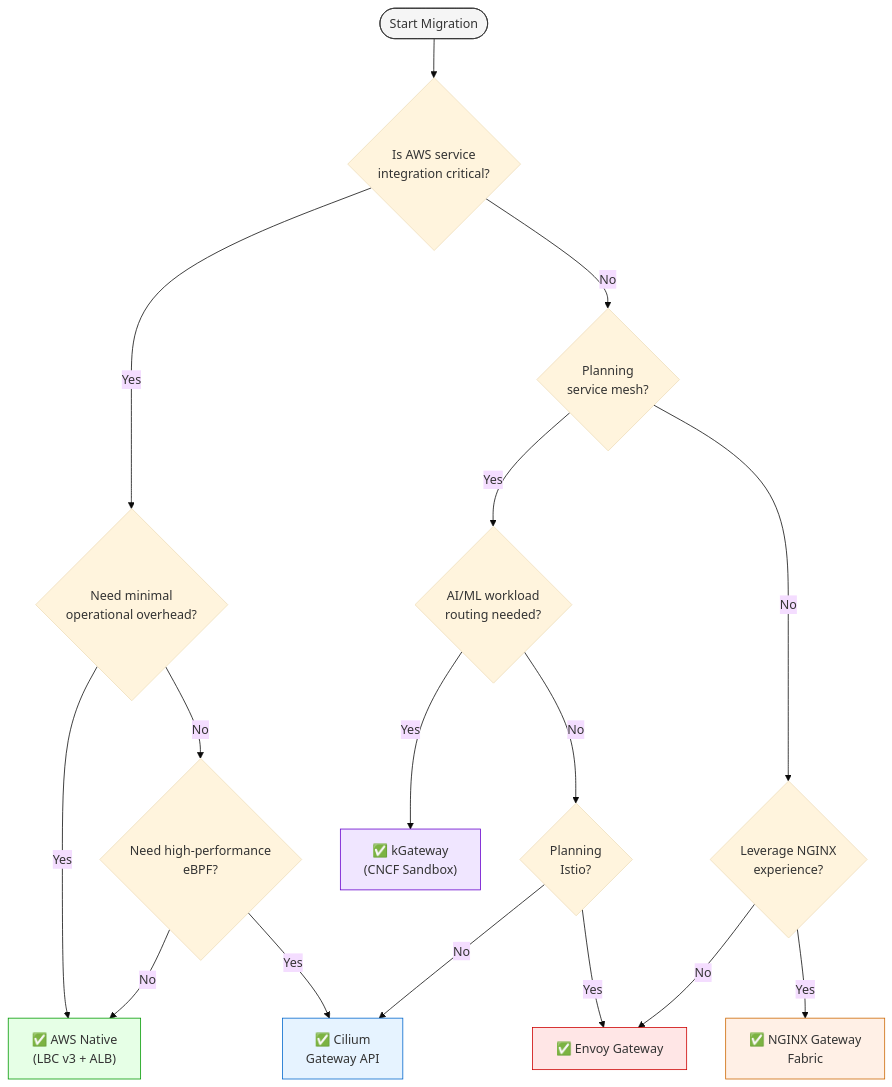
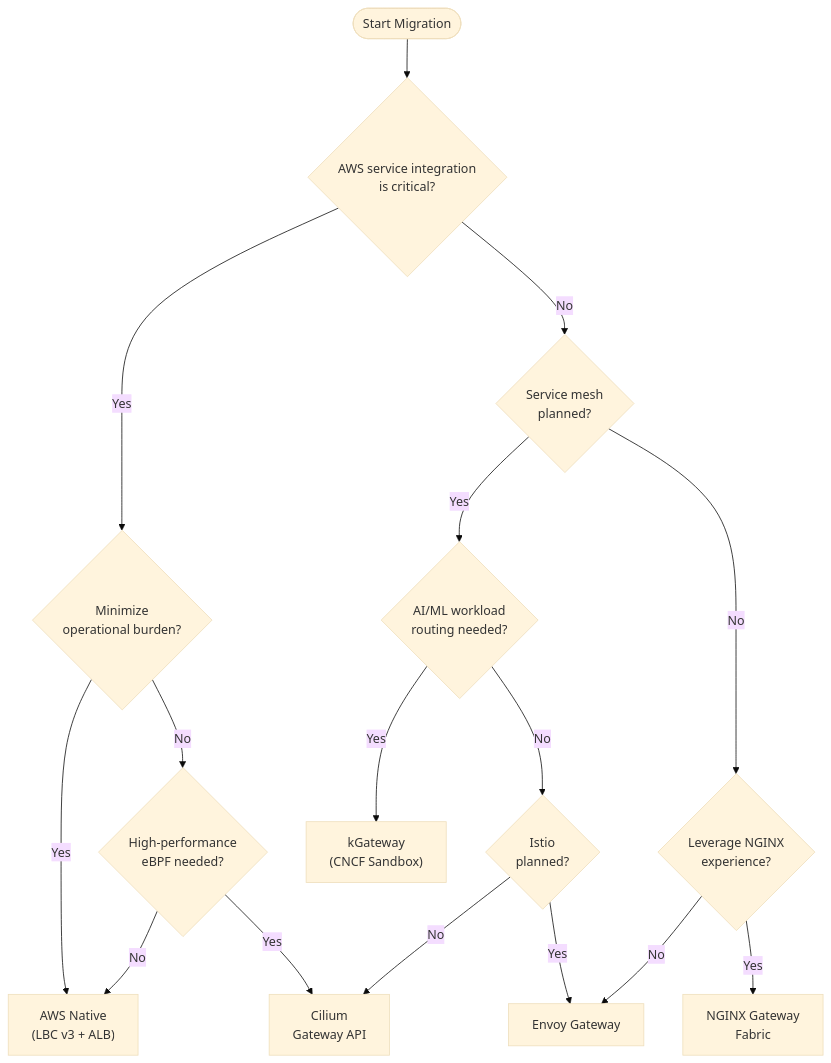
Before and after one commit to devfloor9/engineering-playbook: the diagram in i18n/en/docusaurus-plugin-content-docs/current/eks-best-practices/networking-performance/gateway-api-adoption-guide/index.md, drawn with Mermaid (base theme). The commit also changed other lines of this file and 95 other files, not shown here.

````diff
--- a/i18n/en/docusaurus-plugin-content-docs/current/eks-best-practices/networking-performance/gateway-api-adoption-guide/index.md
+++ b/i18n/en/docusaurus-plugin-content-docs/current/eks-best-practices/networking-performance/gateway-api-adoption-guide/index.md
@@ -1399,32 +135,18 @@
 ```mermaid
 flowchart TD
-    start([Start Migration]) --> q1{Is AWS service<br/>integration critical?}
-
-    q1 -->|Yes| q2{Need minimal<br/>operational overhead?}
-    q1 -->|No| q3{Planning<br/>service mesh?}
-
-    q2 -->|Yes| aws["✅ AWS Native<br/>(LBC v3 + ALB)"]
-    q2 -->|No| q4{Need high-performance<br/>eBPF?}
-
-    q4 -->|Yes| cilium["✅ Cilium<br/>Gateway API"]
+    start([Start Migration]) --> q1{AWS service integration<br/>is critical?}
+    q1 -->|Yes| q2{Minimize<br/>operational burden?}
+    q1 -->|No| q3{Service mesh<br/>planned?}
+    q2 -->|Yes| aws["AWS Native<br/>(LBC v3 + ALB)"]
+    q2 -->|No| q4{High-performance<br/>eBPF needed?}
+    q4 -->|Yes| cilium["Cilium<br/>Gateway API"]
     q4 -->|No| aws
-
     q3 -->|Yes| q5{AI/ML workload<br/>routing needed?}
     q3 -->|No| q6{Leverage NGINX<br/>experience?}
-
-    q5 -->|Yes| kgw["✅ kGateway<br/>(CNCF Sandbox)"]
-    q5 -->|No| q7{Planning<br/>Istio?}
-
-    q7 -->|Yes| envoy["✅ Envoy Gateway"]
+    q5 -->|Yes| kgw["kGateway<br/>(CNCF Sandbox)"]
+    q5 -->|No| q7{Istio<br/>planned?}
+    q7 -->|Yes| envoy["Envoy Gateway"]
     q7 -->|No| cilium
-
-    q6 -->|Yes| nginx["✅ NGINX Gateway<br/>Fabric"]
+    q6 -->|Yes| nginx["NGINX Gateway<br/>Fabric"]
     q6 -->|No| envoy
-
-    style start fill:#f5f5f5,stroke:#333
-    style aws fill:#e6ffe6,stroke:#009900
-    style cilium fill:#e6f3ff,stroke:#0066cc
-    style nginx fill:#fff0e6,stroke:#cc6600
-    style envoy fill:#ffe6e6,stroke:#cc0000
-    style kgw fill:#f0e6ff,stroke:#6600cc
 ```
````
